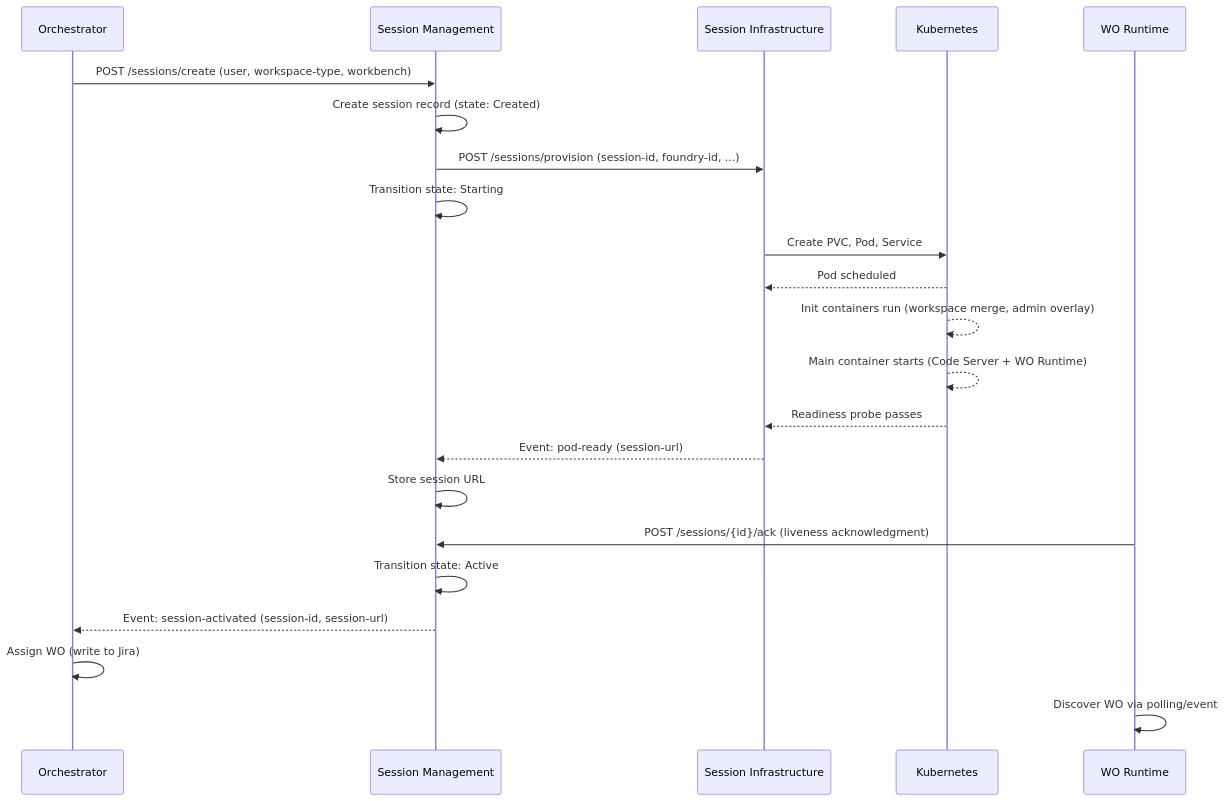
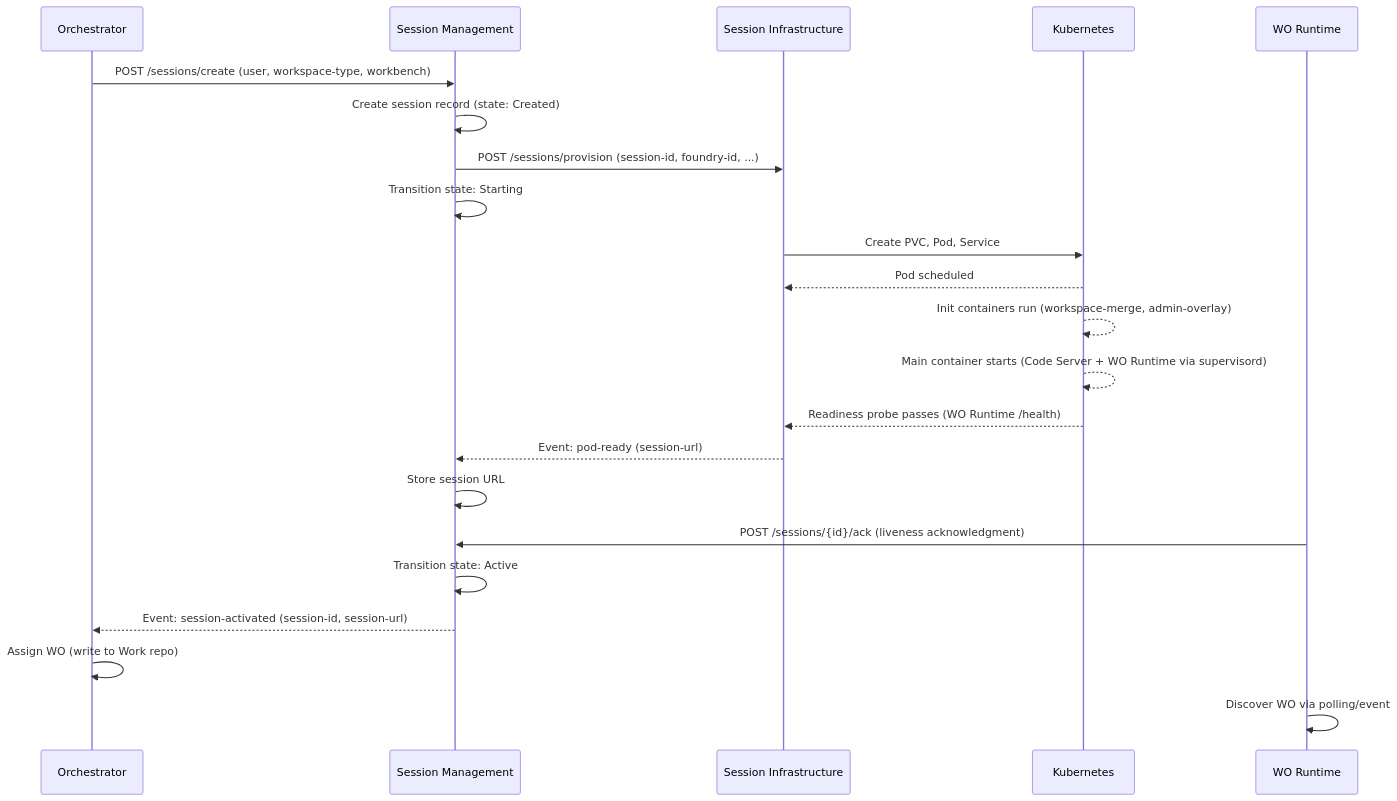
The first of 3 diagrams in foundry/foundry-platform/workspace-session-infrastructure/platform-developer-guide/sequence-diagrams.md (gramki/temp-website), drawn with Mermaid before and after one commit. The commit also changed other lines of this file and 2 other files, not shown here.

Commit message:
[SPE-0000] docs(wsi): expand architecture choices and management integration

````diff
--- a/foundry/foundry-platform/workspace-session-infrastructure/platform-developer-guide/sequence-diagrams.md
+++ b/foundry/foundry-platform/workspace-session-infrastructure/platform-developer-guide/sequence-diagrams.md
@@ -7,25 +9,25 @@
 ```mermaid
 sequenceDiagram
     participant ORC as Orchestrator
     participant WSM as Session Management
     participant WSI as Session Infrastructure
     participant K8S as Kubernetes
     participant WOR as WO Runtime
 
     ORC->>WSM: POST /sessions/create (user, workspace-type, workbench)
     WSM->>WSM: Create session record (state: Created)
     WSM->>WSI: POST /sessions/provision (session-id, foundry-id, ...)
     WSM->>WSM: Transition state: Starting
     WSI->>K8S: Create PVC, Pod, Service
     K8S-->>WSI: Pod scheduled
-    K8S-->>K8S: Init containers run (workspace merge, admin overlay)
-    K8S-->>K8S: Main container starts (Code Server + WO Runtime)
-    K8S-->>WSI: Readiness probe passes
+    K8S-->>K8S: Init containers run (workspace-merge, admin-overlay)
+    K8S-->>K8S: Main container starts (Code Server + WO Runtime via supervisord)
+    K8S-->>WSI: Readiness probe passes (WO Runtime /health)
     WSI-->>WSM: Event: pod-ready (session-url)
     WSM->>WSM: Store session URL
     WOR->>WSM: POST /sessions/{id}/ack (liveness acknowledgment)
     WSM->>WSM: Transition state: Active
     WSM-->>ORC: Event: session-activated (session-id, session-url)
-    ORC->>ORC: Assign WO (write to Jira)
+    ORC->>ORC: Assign WO (write to Work repo)
     WOR->>WOR: Discover WO via polling/event
 ```
````
